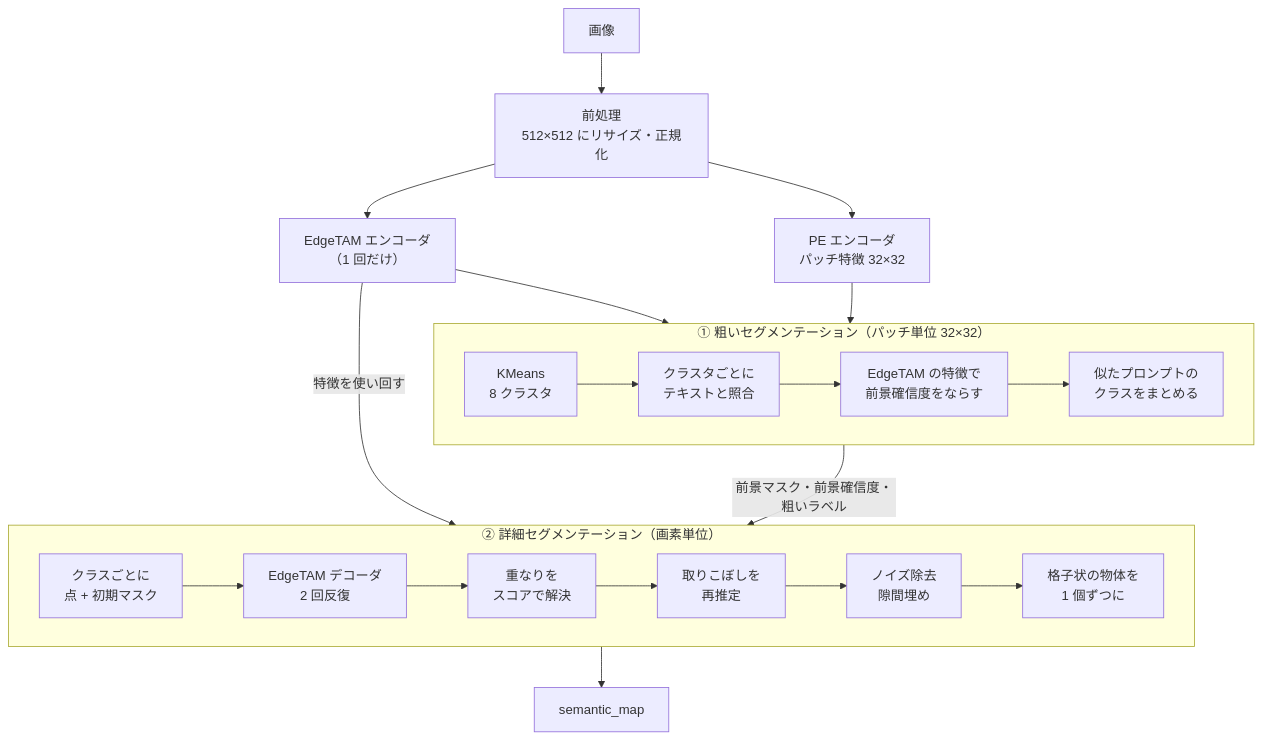
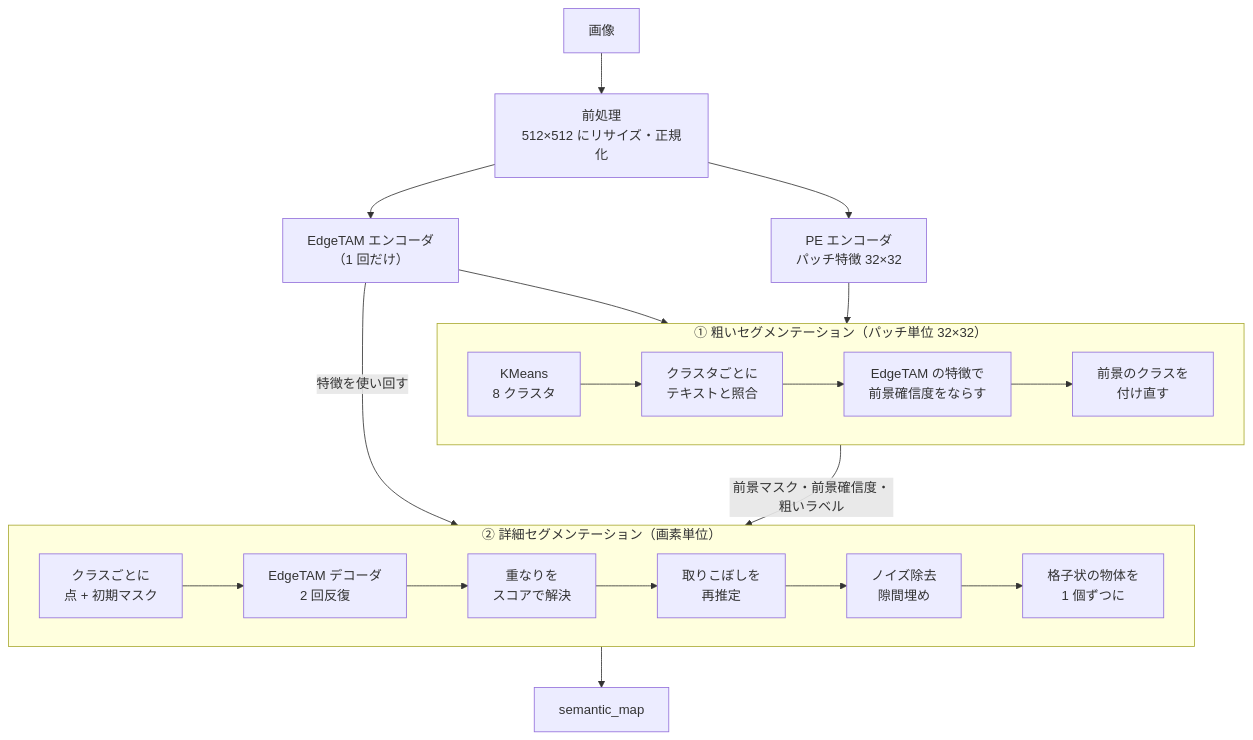
The first of 2 diagrams in docs/overview.md (fklg-64/pe_anything_detect), drawn with Mermaid before and after one commit. The commit also changed other lines of this file and 15 other files, not shown here.

````diff
--- a/docs/overview.md
+++ b/docs/overview.md
@@ -32,28 +32,28 @@
 ```mermaid
 flowchart TD
     IMG["画像"] --> PRE["前処理<br/>512×512 にリサイズ・正規化"]
     PRE --> ET["EdgeTAM エンコーダ<br/>（1 回だけ）"]
     PRE --> PE["PE エンコーダ<br/>パッチ特徴 32×32"]
 
     subgraph C["① 粗いセグメンテーション（パッチ単位 32×32）"]
         direction LR
         C1["KMeans<br/>8 クラスタ"] --> C2["クラスタごとに<br/>テキストと照合"]
         C2 --> C3["EdgeTAM の特徴で<br/>前景確信度をならす"]
-        C3 --> C4["似たプロンプトの<br/>クラスをまとめる"]
+        C3 --> C4["前景のクラスを<br/>付け直す"]
     end
 
     subgraph R["② 詳細セグメンテーション（画素単位）"]
         direction LR
         R1["クラスごとに<br/>点 + 初期マスク"] --> R2["EdgeTAM デコーダ<br/>2 回反復"]
         R2 --> R3["重なりを<br/>スコアで解決"]
         R3 --> R4["取りこぼしを<br/>再推定"]
         R4 --> R5["ノイズ除去<br/>隙間埋め"]
         R5 --> R6["格子状の物体を<br/>1 個ずつに"]
     end
 
     PE --> C
     ET --> C3
     C -->|"前景マスク・前景確信度・粗いラベル"| R
     ET -->|"特徴を使い回す"| R
     R --> OUT["semantic_map"]
 ```
````
